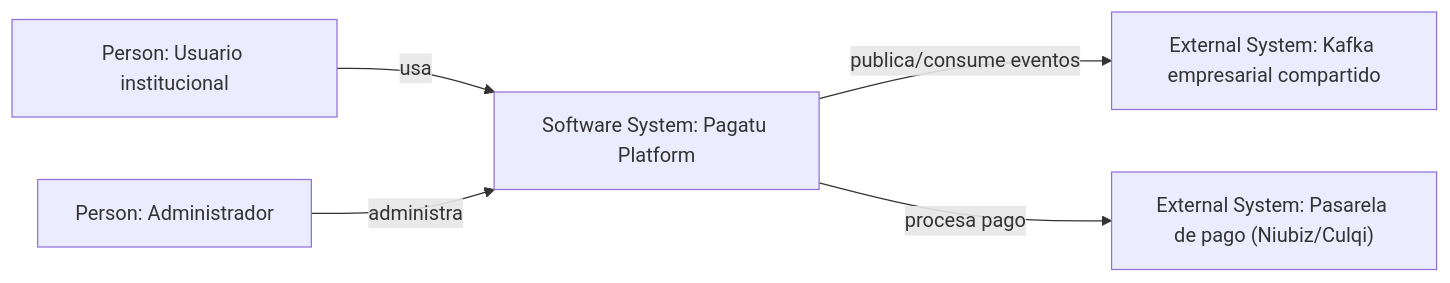
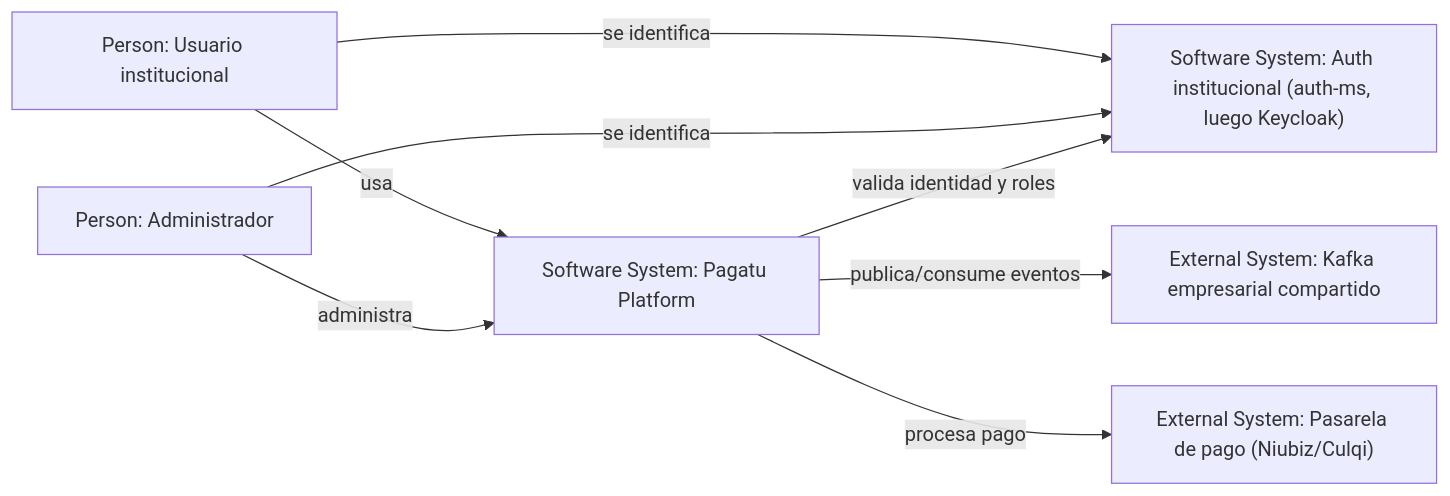
One commit to 262dist/pagatu changed the first of 5 diagrams in README.md. Above: the diagram before and after it, drawn with Mermaid. The commit also changed other lines of this file, not shown here.

````diff
--- a/README.md
+++ b/README.md
@@ -40,13 +40,17 @@
 ```mermaid
 flowchart LR
     usuario["Person: Usuario institucional"]
     admin["Person: Administrador"]
+    auth["Software System: Auth institucional (auth-ms, luego Keycloak)"]
     pagatu["Software System: Pagatu Platform"]
     kafkaCorp["External System: Kafka empresarial compartido"]
     pasarela["External System: Pasarela de pago (Niubiz/Culqi)"]
 
+    usuario -->|se identifica| auth
+    admin -->|se identifica| auth
     usuario -->|usa| pagatu
     admin -->|administra| pagatu
+    pagatu -->|valida identidad y roles| auth
     pagatu -->|publica/consume eventos| kafkaCorp
     pagatu -->|procesa pago| pasarela
 ```
````
